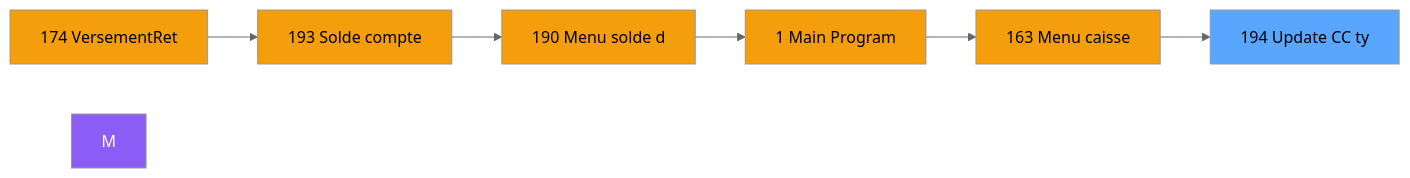
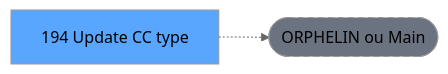
The second of 3 diagrams in .openspec/specs/ADH-IDE-194.md (thonyAGP/lecteur-magic), drawn with Mermaid (neutral theme) before and after one commit. The commit also changed other lines of this file and 701 other files, not shown here.

````diff
--- a/.openspec/specs/ADH-IDE-194.md
+++ b/.openspec/specs/ADH-IDE-194.md
@@ -117,21 +119,8 @@
 ```mermaid
 graph LR
-    N174[174 VersementRet]
-    N193[193 Solde compte]
-    N190[190 Menu solde d]
-    N1[1 Main Program]
-    N163[163 Menu caisse ]
-    T[194 Update CC ty]
-    N174 --> N193
-    N193 --> N190
-    N190 --> N1
-    N1 --> N163
-    N163 --> T
-    style M fill:#8b5cf6,color:#fff
-    style N174 fill:#f59e0b
-    style N193 fill:#f59e0b
-    style N190 fill:#f59e0b
-    style N1 fill:#f59e0b
-    style N163 fill:#f59e0b
+    T[194 Update CC type]
+    ORPHAN([ORPHELIN ou Main])
+    T -.-> ORPHAN
     style T fill:#58a6ff,color:#000
+    style ORPHAN fill:#6b7280,stroke-dasharray: 5 5
 ```
````
